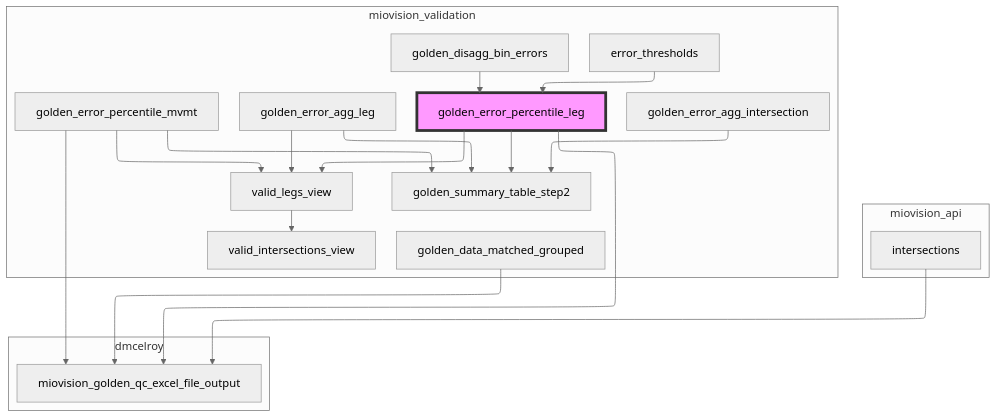
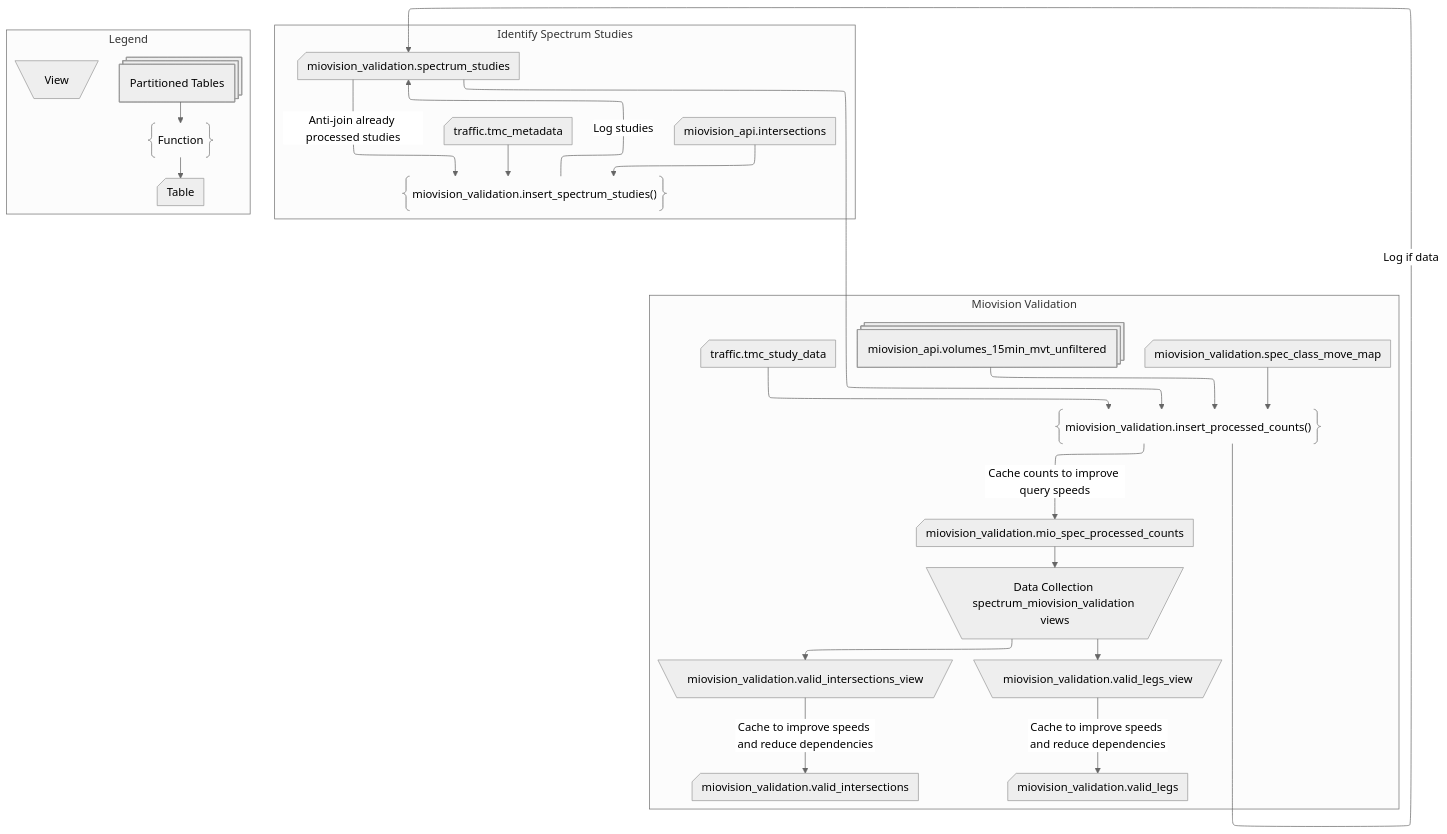
Before and after one commit to CityofToronto/bdit_data-sources: the diagram in volumes/miovision/sql/validation/readme.md, drawn with Mermaid. The commit also changed other lines of this file, not shown here.

Commit message:
#1284 replace flow charts with pipeline specific ones

````diff
--- a/volumes/miovision/sql/validation/readme.md
+++ b/volumes/miovision/sql/validation/readme.md
@@ -81,37 +1,38 @@
 ```mermaid
 %%{init: {'theme': 'neutral', 'flowchart': {'defaultRenderer': 'elk'}}}%%
 flowchart TD
-    subgraph miovision_api
-        miovision_api.intersections[intersections]
+
+    subgraph "Identify Spectrum Studies"
+        insert_spectrum_studies@{ shape: braces, label: "miovision_validation.insert_spectrum_studies()"}
+        traffic.tmc_metadata@{ shape: card} --> insert_spectrum_studies
+        intersections@{label: "miovision_api.intersections", shape: card}
+        insert_spectrum_studies -->|Log studies| miovision_validation.spectrum_studies@{ shape: card}
     end
-    subgraph dmcelroy
-        dmcelroy.miovision_golden_qc_excel_file_output[miovision_golden_qc_excel_file_output]
+
+    subgraph "Miovision Validation"
+
+        v15@{ shape: procs, label: "miovision_api.volumes_15min_mvt_unfiltered" }
+        insert_processed_counts@{ shape: braces, label: "miovision_validation.insert_processed_counts()"}
+        
+        insert_processed_counts -->|Cache counts to improve query speeds| miovision_validation.mio_spec_processed_counts@{ shape: card}
+        v15 --> insert_processed_counts
+        intersections --> insert_spectrum_studies
+        miovision_validation.spectrum_studies --> insert_processed_counts
+        miovision_validation.spec_class_move_map@{ shape: card} --> insert_processed_counts
+        insert_processed_counts ----> |Log if data| miovision_validation.spectrum_studies
+        miovision_validation.mio_spec_processed_counts --> DC_Views@{ shape: manual, label: "Data Collection spectrum_miovision_validation views" }
+        DC_Views --> miovision_validation.valid_legs_view@{ shape: manual} --> |Cache to improve speeds and reduce dependencies| miovision_validation.valid_legs@{ shape: card}
+        DC_Views --> miovision_validation.valid_intersections_view@{ shape: manual} --> |Cache to improve speeds and reduce dependencies| miovision_validation.valid_intersections@{ shape: card}
+        miovision_validation.spectrum_studies -->|Anti-join already processed studies| insert_spectrum_studies
+        traffic.tmc_study_data@{ shape: card} --> insert_processed_counts
+        
     end
-    subgraph miovision_validation
-        miovision_validation.golden_data_matched_grouped[golden_data_matched_grouped]
-        miovision_validation.golden_summary_table_step2[golden_summary_table_step2]
-        miovision_validation.golden_error_agg_intersection[golden_error_agg_intersection]
-        miovision_validation.golden_error_percentile_leg[golden_error_percentile_leg]
-        miovision_validation.valid_legs_view[valid_legs_view]
-        miovision_validation.golden_error_agg_leg[golden_error_agg_leg]
-        miovision_validation.valid_intersections_view[valid_intersections_view]
-        miovision_validation.golden_error_percentile_mvmt[golden_error_percentile_mvmt]
-        miovision_validation.error_thresholds[error_thresholds]
-        miovision_validation.golden_disagg_bin_errors[golden_disagg_bin_errors]
+
+    subgraph Legend
+        Partition@{ shape: procs, label: "Partitioned Tables" }
+        Table@{ shape: card}
+        Function@{ shape: braces, label: Function}
+        View@{ shape: manual}        
+        Partition --> Function --> Table
     end
-    miovision_validation.error_thresholds --> miovision_validation.golden_error_percentile_leg
-    miovision_validation.golden_disagg_bin_errors --> miovision_validation.golden_error_percentile_leg
-    miovision_validation.golden_error_agg_intersection --> miovision_validation.golden_summary_table_step2
-    miovision_validation.golden_error_agg_leg --> miovision_validation.golden_summary_table_step2
-    miovision_validation.golden_error_percentile_leg --> miovision_validation.golden_summary_table_step2
-    miovision_validation.golden_error_percentile_mvmt --> miovision_validation.golden_summary_table_step2
-    miovision_api.intersections ----> dmcelroy.miovision_golden_qc_excel_file_output
-    miovision_validation.golden_data_matched_grouped ----> dmcelroy.miovision_golden_qc_excel_file_output
-    miovision_validation.golden_error_percentile_leg ----> dmcelroy.miovision_golden_qc_excel_file_output
-    miovision_validation.golden_error_percentile_mvmt ----> dmcelroy.miovision_golden_qc_excel_file_output
-    miovision_validation.golden_error_agg_leg --> miovision_validation.valid_legs_view
-    miovision_validation.golden_error_percentile_leg --> miovision_validation.valid_legs_view
-    miovision_validation.golden_error_percentile_mvmt --> miovision_validation.valid_legs_view
-    miovision_validation.valid_legs_view --> miovision_validation.valid_intersections_view
-        style miovision_validation.golden_error_percentile_leg fill:#f9f,stroke:#333,stroke-width:4px,color:black
 ```
````
